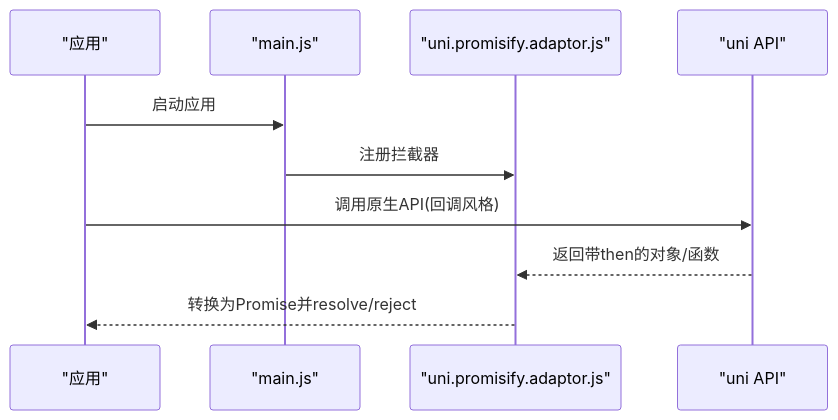
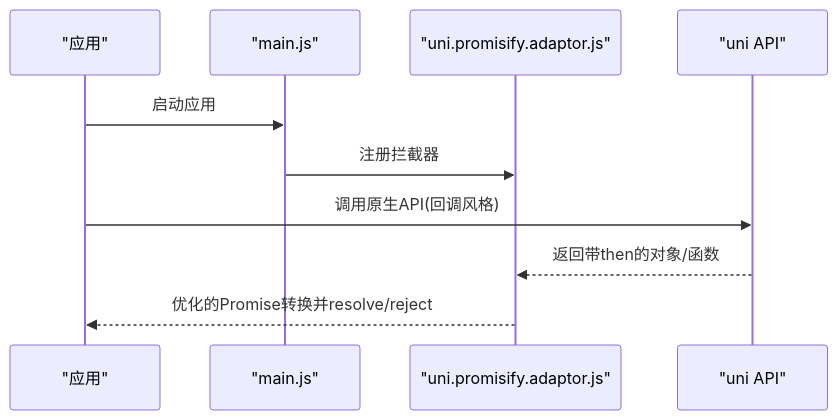
Before and after one commit to ChenHaoRanORA/School-Bus-Scheduling-System: the fifth of 6 diagrams in .qoder/repowiki/zh/content/配置文件说明.md, drawn with Mermaid. The commit also changed other lines of this file and 6 other files, not shown here.

````diff
--- a/.qoder/repowiki/zh/content/配置文件说明.md
+++ b/.qoder/repowiki/zh/content/配置文件说明.md
@@ -246,12 +268,12 @@
 ```mermaid
 sequenceDiagram
 participant App as "应用"
 participant Main as "main.js"
 participant Inter as "uni.promisify.adaptor.js"
 participant Uni as "uni API"
 App->>Main : 启动应用
 Main->>Inter : 注册拦截器
 App->>Uni : 调用原生API(回调风格)
 Uni-->>Inter : 返回带then的对象/函数
-Inter-->>App : 转换为Promise并resolve/reject
+Inter-->>App : 优化的Promise转换并resolve/reject
 ```
````
